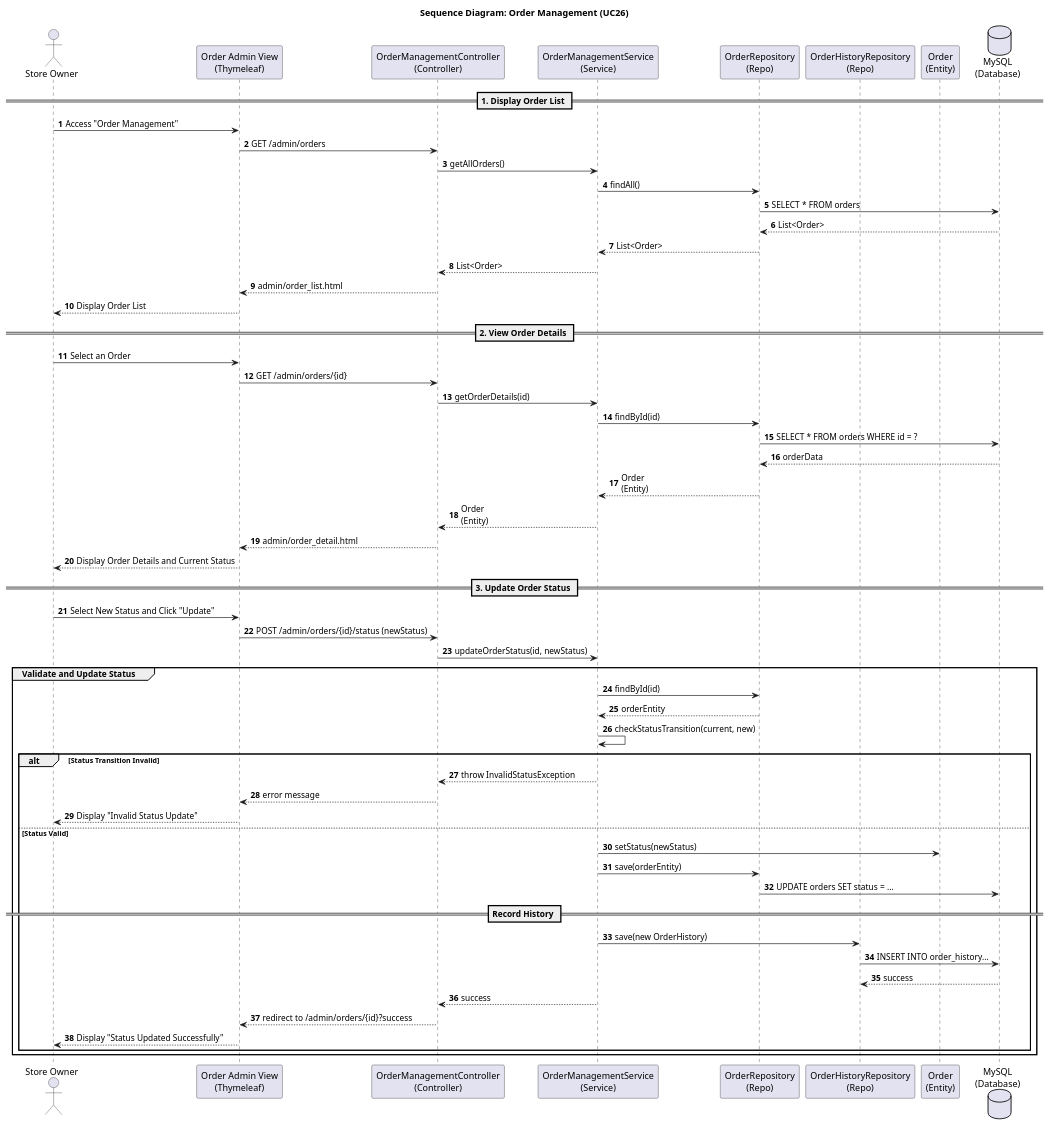
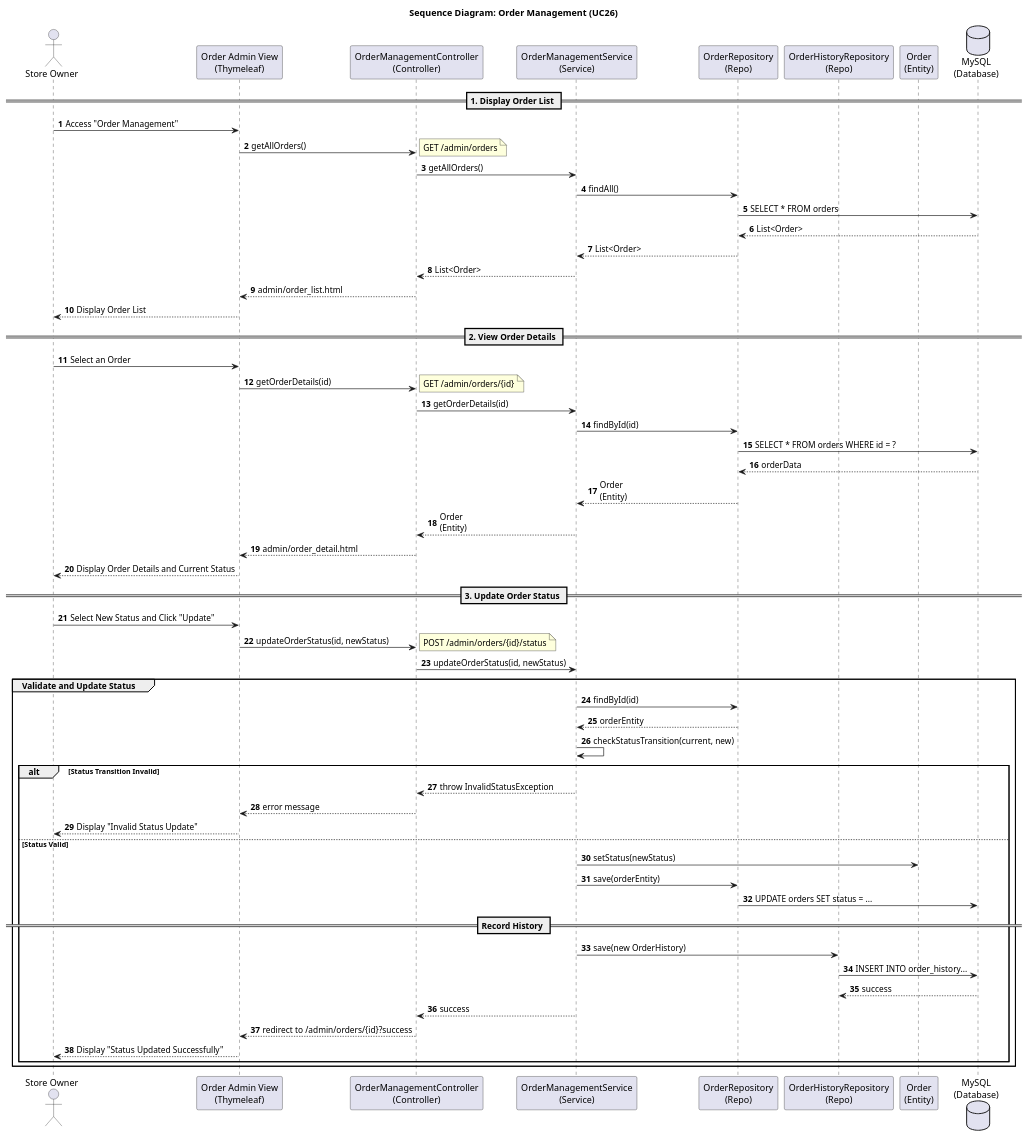
One commit to Peterdir/fashion-store-system changed the diagram in src/main/java/org/example/fashionstoresystem/uml/Sequence/SD26_OrderManagement.puml. Above: the diagram before and after it, drawn with PlantUML. The commit also changed 13 other files, not shown here.

Commit message:
Implement Class Diagram and Update Sequence Diagram

```diff
--- a/src/main/java/org/example/fashionstoresystem/uml/Sequence/SD26_OrderManagement.puml
+++ b/src/main/java/org/example/fashionstoresystem/uml/Sequence/SD26_OrderManagement.puml
@@ -1,72 +1,75 @@
 @startuml
 title Sequence Diagram: Order Management (UC26)
 
 autonumber
 actor "Store Owner" as Owner
 participant "Order Admin View\n(Thymeleaf)" as View
 participant "OrderManagementController\n(Controller)" as Controller
 participant "OrderManagementService\n(Service)" as Service
 participant "OrderRepository\n(Repo)" as OrderRepo
 participant "OrderHistoryRepository\n(Repo)" as HistoryRepo
 participant "Order\n(Entity)" as OrderEntity
 database "MySQL\n(Database)" as DB
 
 == 1. Display Order List ==
 
 Owner -> View : Access "Order Management"
-View -> Controller : GET /admin/orders
+View -> Controller : getAllOrders()
+note right: GET /admin/orders
 Controller -> Service : getAllOrders()
 Service -> OrderRepo : findAll()
 OrderRepo -> DB : SELECT * FROM orders
 DB --> OrderRepo : List<Order>
 OrderRepo --> Service : List<Order>
 Service --> Controller : List<Order>
 Controller --> View : admin/order_list.html
 View --> Owner : Display Order List
 
 == 2. View Order Details ==
 
 Owner -> View : Select an Order
-View -> Controller : GET /admin/orders/{id}
+View -> Controller : getOrderDetails(id)
+note right: GET /admin/orders/{id}
 Controller -> Service : getOrderDetails(id)
 Service -> OrderRepo : findById(id)
 OrderRepo -> DB : SELECT * FROM orders WHERE id = ?
 DB --> OrderRepo : orderData
 OrderRepo --> Service : Order\n(Entity)
 Service --> Controller : Order\n(Entity)
 Controller --> View : admin/order_detail.html
 View --> Owner : Display Order Details and Current Status
 
 == 3. Update Order Status ==
 
 Owner -> View : Select New Status and Click "Update"
-View -> Controller : POST /admin/orders/{id}/status (newStatus)
+View -> Controller : updateOrderStatus(id, newStatus)
+note right: POST /admin/orders/{id}/status
 Controller -> Service : updateOrderStatus(id, newStatus)
 
 group Validate and Update Status
     Service -> OrderRepo : findById(id)
     OrderRepo --> Service : orderEntity
     
     Service -> Service : checkStatusTransition(current, new)
     
     alt Status Transition Invalid
         Service --> Controller : throw InvalidStatusException
         Controller --> View : error message
         View --> Owner : Display "Invalid Status Update"
     else Status Valid
         Service -> OrderEntity : setStatus(newStatus)
         Service -> OrderRepo : save(orderEntity)
         OrderRepo -> DB : UPDATE orders SET status = ...
         
         == Record History ==
         Service -> HistoryRepo : save(new OrderHistory)
         HistoryRepo -> DB : INSERT INTO order_history...
         DB --> HistoryRepo : success
         
         Service --> Controller : success
         Controller --> View : redirect to /admin/orders/{id}?success
         View --> Owner : Display "Status Updated Successfully"
     end
 end
 
 @enduml
```
